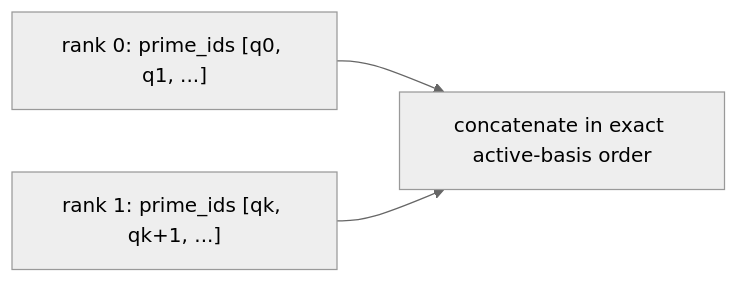
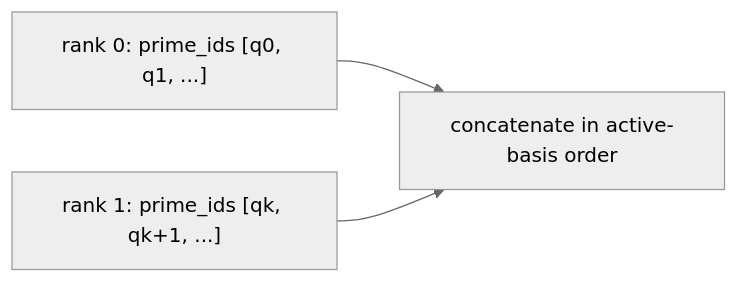
Before and after one commit to visualDust/fhelium: the diagram in docs/tutorial/spmd-limb-parallel-pipeline.md, drawn with Mermaid (neutral theme). The commit also changed other lines of this file and 222 other files, not shown here.

````diff
--- a/docs/tutorial/spmd-limb-parallel-pipeline.md
+++ b/docs/tutorial/spmd-limb-parallel-pipeline.md
@@ -94,5 +94,5 @@
 ```mermaid
 flowchart LR
-    rank0["rank 0: prime_ids [q0, q1, ...]"] --> concatenate["concatenate in exact active-basis order"]
+    rank0["rank 0: prime_ids [q0, q1, ...]"] --> concatenate["concatenate in active-basis order"]
     rank1["rank 1: prime_ids [qk, qk+1, ...]"] --> concatenate
 ```
````
